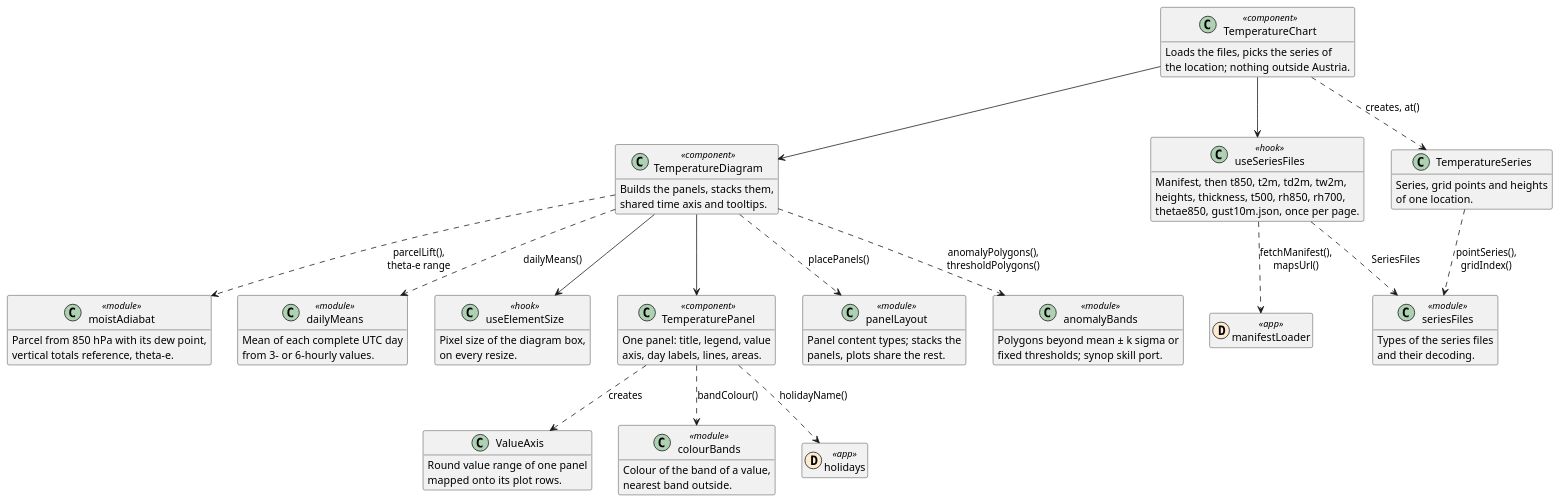
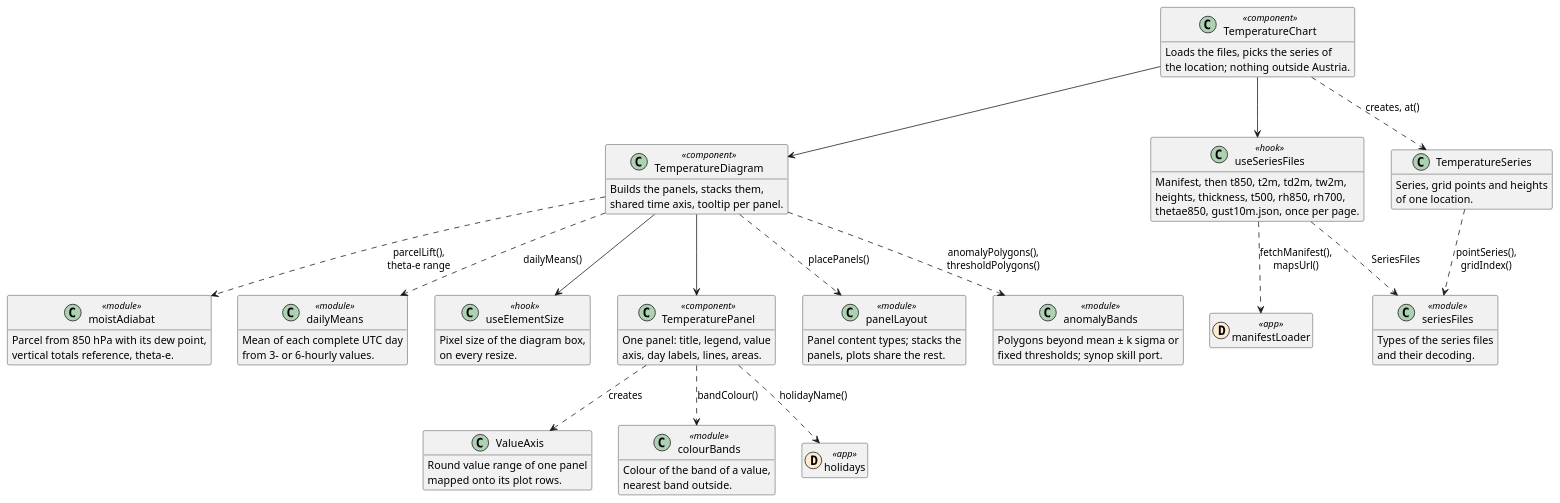
One commit to schletz/wetterkartenviewer changed the second of 2 diagrams in REFERENCE.webapp.md. Above: the diagram before and after it, drawn with PlantUML. The commit also changed other lines of this file and 2 other files, not shown here.

First line of the commit message:
Give each panel of the temperature diagram its own short tooltip

````diff
--- a/REFERENCE.webapp.md
+++ b/REFERENCE.webapp.md
@@ -168,75 +168,75 @@
 ```plantuml
 @startuml temperature
 hide empty members
 class TemperatureChart <<component>> {
  Loads the files, picks the series of
  the location; nothing outside Austria.
 }
 class TemperatureDiagram <<component>> {
  Builds the panels, stacks them,
- shared time axis and tooltips.
+ shared time axis, tooltip per panel.
 }
 class TemperaturePanel <<component>> {
  One panel: title, legend, value
  axis, day labels, lines, areas.
 }
 class useSeriesFiles <<hook>> {
  Manifest, then t850, t2m, td2m, tw2m,
  heights, thickness, t500, rh850, rh700,
  thetae850, gust10m.json, once per page.
 }
 class TemperatureSeries {
  Series, grid points and heights
  of one location.
 }
 class panelLayout <<module>> {
  Panel content types; stacks the
  panels, plots share the rest.
 }
 class ValueAxis {
  Round value range of one panel
  mapped onto its plot rows.
 }
 class anomalyBands <<module>> {
  Polygons beyond mean ± k sigma or
  fixed thresholds; synop skill port.
 }
 class moistAdiabat <<module>> {
  Parcel from 850 hPa with its dew point,
  vertical totals reference, theta-e.
 }
 class dailyMeans <<module>> {
  Mean of each complete UTC day
  from 3- or 6-hourly values.
 }
 class colourBands <<module>> {
  Colour of the band of a value,
  nearest band outside.
 }
 class seriesFiles <<module>> {
  Types of the series files
  and their decoding.
 }
 class useElementSize <<hook>> {
  Pixel size of the diagram box,
  on every resize.
 }
 class manifestLoader << (D,#fdebd1) app >>
 class holidays << (D,#fdebd1) app >>
 TemperatureChart --> useSeriesFiles
 TemperatureChart ..> TemperatureSeries : creates, at()
 TemperatureChart --> TemperatureDiagram
 useSeriesFiles ..> manifestLoader : fetchManifest(),\nmapsUrl()
 useSeriesFiles ..> seriesFiles : SeriesFiles
 TemperatureSeries ..> seriesFiles : pointSeries(),\ngridIndex()
 TemperatureDiagram ..> panelLayout : placePanels()
 TemperatureDiagram ..> anomalyBands : anomalyPolygons(),\nthresholdPolygons()
 TemperatureDiagram ..> moistAdiabat : parcelLift(),\ntheta-e range
 TemperatureDiagram ..> dailyMeans : dailyMeans()
 TemperatureDiagram --> TemperaturePanel
 TemperatureDiagram --> useElementSize
 TemperaturePanel ..> ValueAxis : creates
 TemperaturePanel ..> holidays : holidayName()
 TemperaturePanel ..> colourBands : bandColour()
 @enduml
 ```
````
